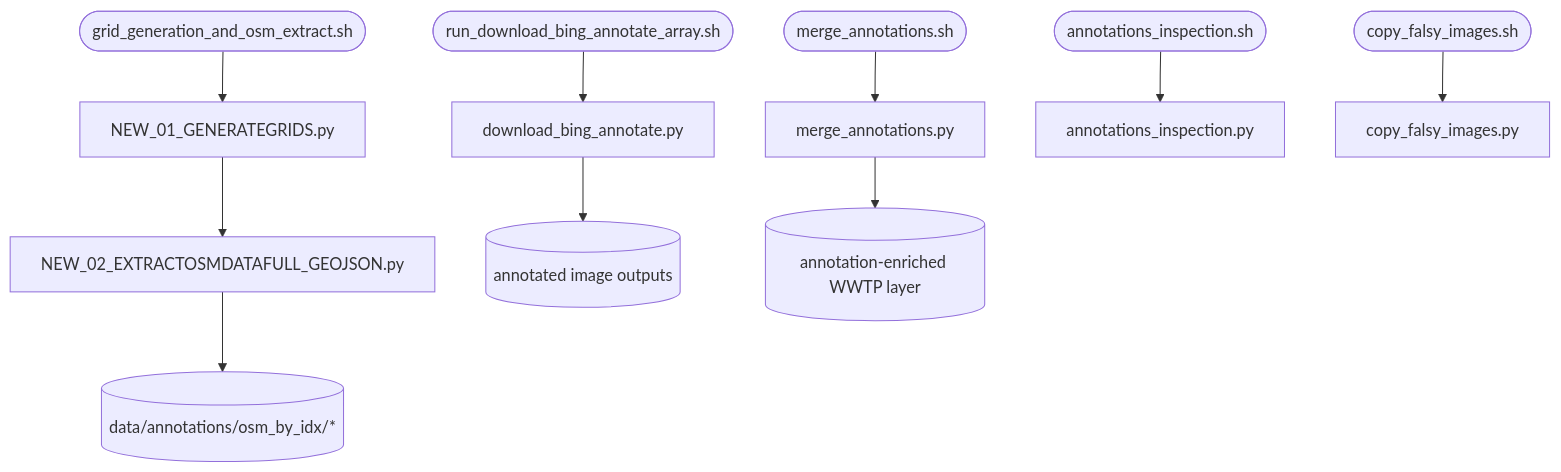
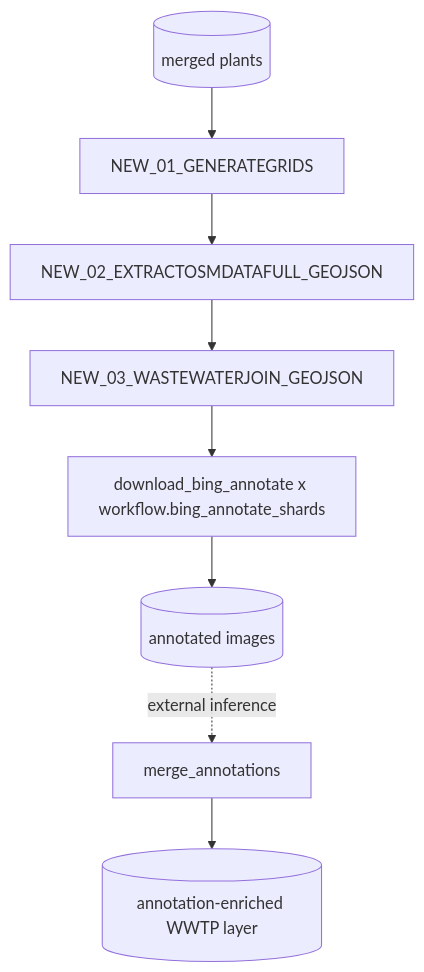
Before and after one commit to erennere/Global-WWTP-Service-Zones-and-Risk-Pipeline: the diagram in wwtp/annotation_scripts/README.md, drawn with Mermaid. The commit also changed other lines of this file and 64 other files, not shown here.

````diff
--- a/wwtp/annotation_scripts/README.md
+++ b/wwtp/annotation_scripts/README.md
@@ -52,15 +47,10 @@
 ```mermaid
 graph TD
-  A([grid_generation_and_osm_extract.sh]) --> B[NEW_01_GENERATEGRIDS.py]
-  B --> C[NEW_02_EXTRACTOSMDATAFULL_GEOJSON.py]
-  C --> D[(data/annotations/osm_by_idx/*)]
-
-  E([run_download_bing_annotate_array.sh]) --> F[download_bing_annotate.py]
-  F --> G[(annotated image outputs)]
-
-  H([merge_annotations.sh]) --> I[merge_annotations.py]
-  I --> J[(annotation-enriched WWTP layer)]
-
-  K([annotations_inspection.sh]) --> L[annotations_inspection.py]
-  M([copy_falsy_images.sh]) --> N[copy_falsy_images.py]
+  A[(merged plants)] --> B[NEW_01_GENERATEGRIDS]
+  B --> C[NEW_02_EXTRACTOSMDATAFULL_GEOJSON]
+  C --> D[NEW_03_WASTEWATERJOIN_GEOJSON]
+  D --> E[download_bing_annotate x workflow.bing_annotate_shards]
+  E --> F[(annotated images)]
+  F -. external inference .-> G[merge_annotations]
+  G --> H[(annotation-enriched WWTP layer)]
 ```
````
